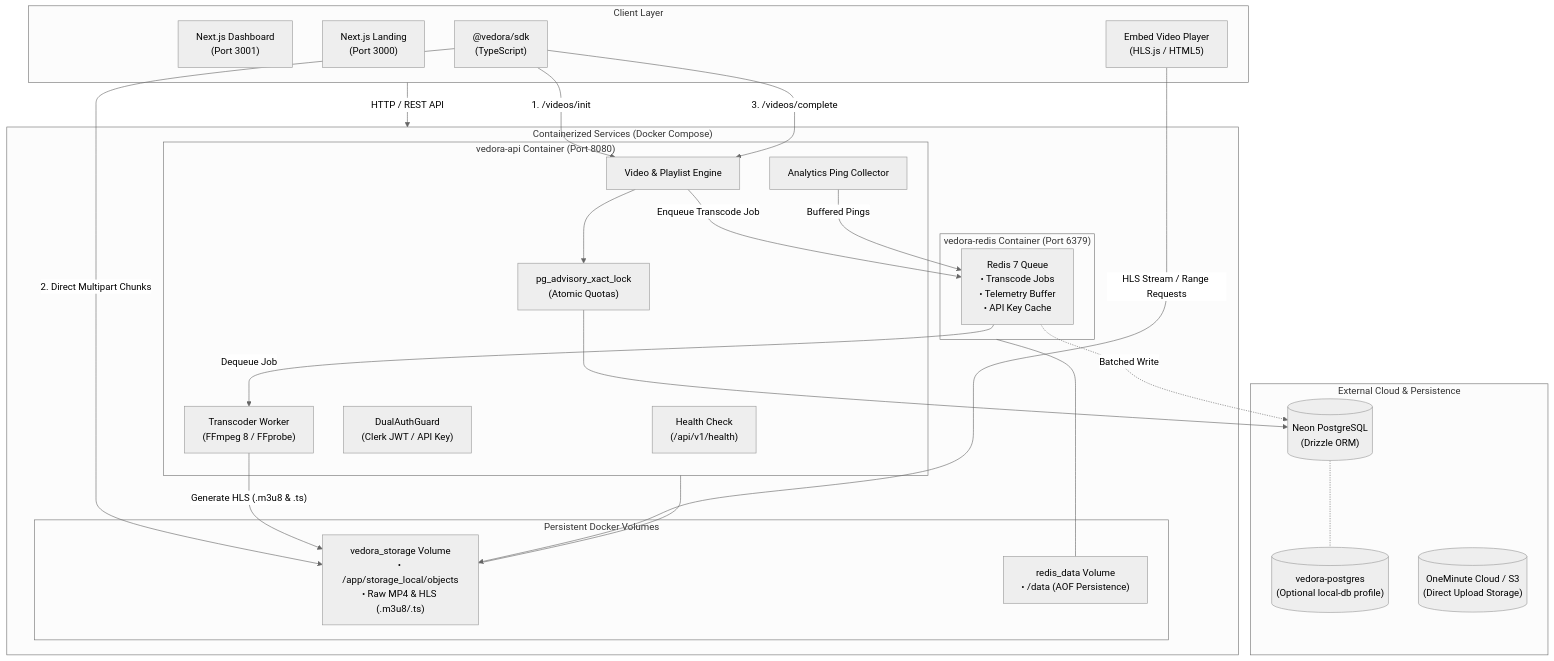
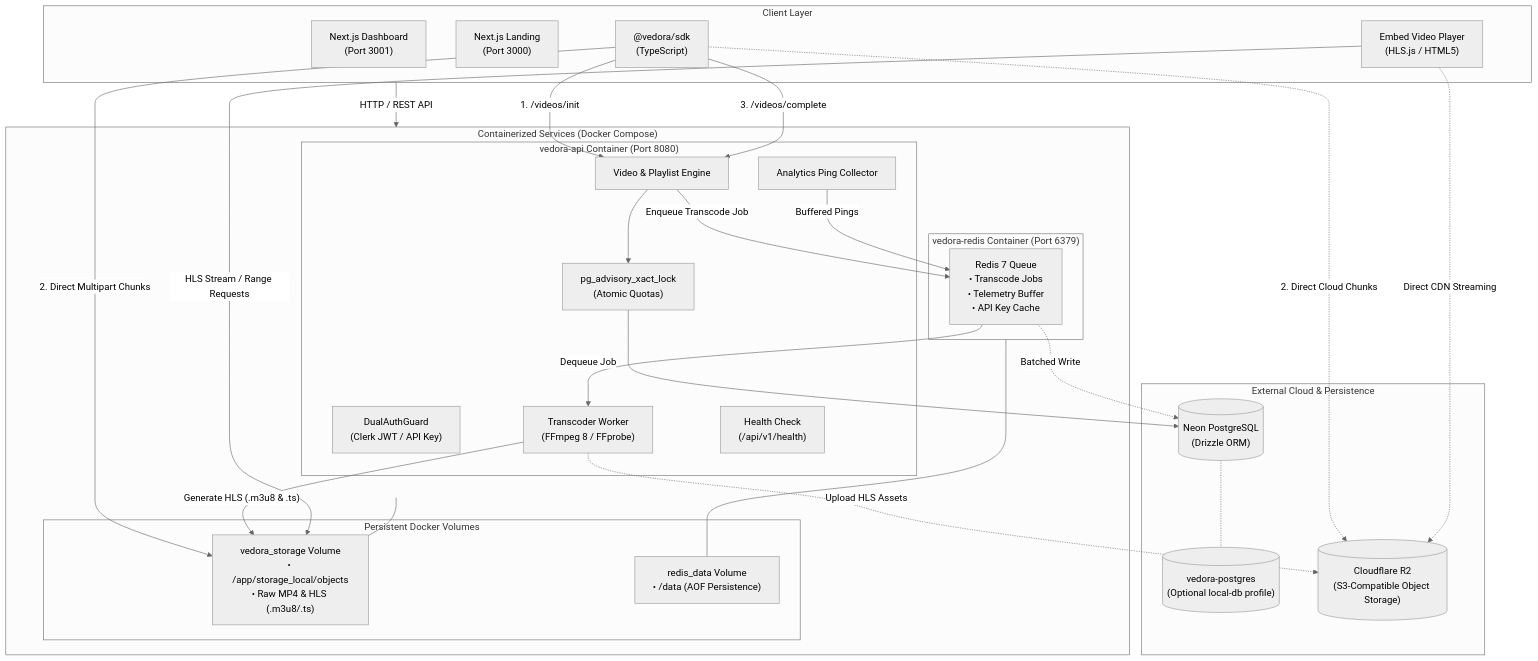
The diagram in README.md (KartikaySingh0211/vedora), drawn with Mermaid (neutral theme) before and after one commit. The commit also changed other lines of this file and 25 other files, not shown here.

Commit message:
feat: integrate Cloudflare R2 storage, purge OneMinuteCloud, and add background upload queue sidebar

````diff
--- a/README.md
+++ b/README.md
@@ -53,55 +53,58 @@
 ```mermaid
 flowchart TD
     subgraph Clients["Client Layer"]
         Dashboard["Next.js Dashboard<br/>(Port 3001)"]
         Landing["Next.js Landing<br/>(Port 3000)"]
         EmbedPlayer["Embed Video Player<br/>(HLS.js / HTML5)"]
         SDK["@vedora/sdk<br/>(TypeScript)"]
     end
 
     subgraph Docker["Containerized Services (Docker Compose)"]
         subgraph APIService["vedora-api Container (Port 8080)"]
             DualAuth["DualAuthGuard<br/>(Clerk JWT / API Key)"]
             QuotaLock["pg_advisory_xact_lock<br/>(Atomic Quotas)"]
             VideoService["Video & Playlist Engine"]
             TranscodeWorker["Transcoder Worker<br/>(FFmpeg 8 / FFprobe)"]
             TelemetryService["Analytics Ping Collector"]
             HealthCheck["Health Check<br/>(/api/v1/health)"]
         end
 
         subgraph RedisService["vedora-redis Container (Port 6379)"]
             RedisQueue["Redis 7 Queue<br/>• Transcode Jobs<br/>• Telemetry Buffer<br/>• API Key Cache"]
         end
 
         subgraph VolumeStorage["Persistent Docker Volumes"]
             LocalStorage["vedora_storage Volume<br/>• /app/storage_local/objects<br/>• Raw MP4 & HLS (.m3u8/.ts)"]
             RedisVol["redis_data Volume<br/>• /data (AOF Persistence)"]
         end
     end
 
     subgraph External["External Cloud & Persistence"]
         NeonDB[("Neon PostgreSQL<br/>(Drizzle ORM)")]
         LocalDB[("vedora-postgres<br/>(Optional local-db profile)")]
-        OMC[("OneMinute Cloud / S3<br/>(Direct Upload Storage)")]
+        R2[("Cloudflare R2<br/>(S3-Compatible Object Storage)")]
     end
 
     Clients -->|"HTTP / REST API"| APIService
     SDK -->|"1. /videos/init"| VideoService
     SDK -->|"2. Direct Multipart Chunks"| LocalStorage
+    SDK -.->|"2. Direct Cloud Chunks"| R2
     SDK -->|"3. /videos/complete"| VideoService
 
     VideoService --> QuotaLock
     QuotaLock --> NeonDB
 
     VideoService -->|"Enqueue Transcode Job"| RedisQueue
     RedisQueue -->|"Dequeue Job"| TranscodeWorker
     TranscodeWorker -->|"Generate HLS (.m3u8 & .ts)"| LocalStorage
+    TranscodeWorker -.->|"Upload HLS Assets"| R2
 
     TelemetryService -->|"Buffered Pings"| RedisQueue
     RedisQueue -.->|"Batched Write"| NeonDB
 
     EmbedPlayer -->|"HLS Stream / Range Requests"| LocalStorage
+    EmbedPlayer -.->|"Direct CDN Streaming"| R2
     RedisService --- RedisVol
     APIService --- LocalStorage
     NeonDB -.- LocalDB
 ```
````
